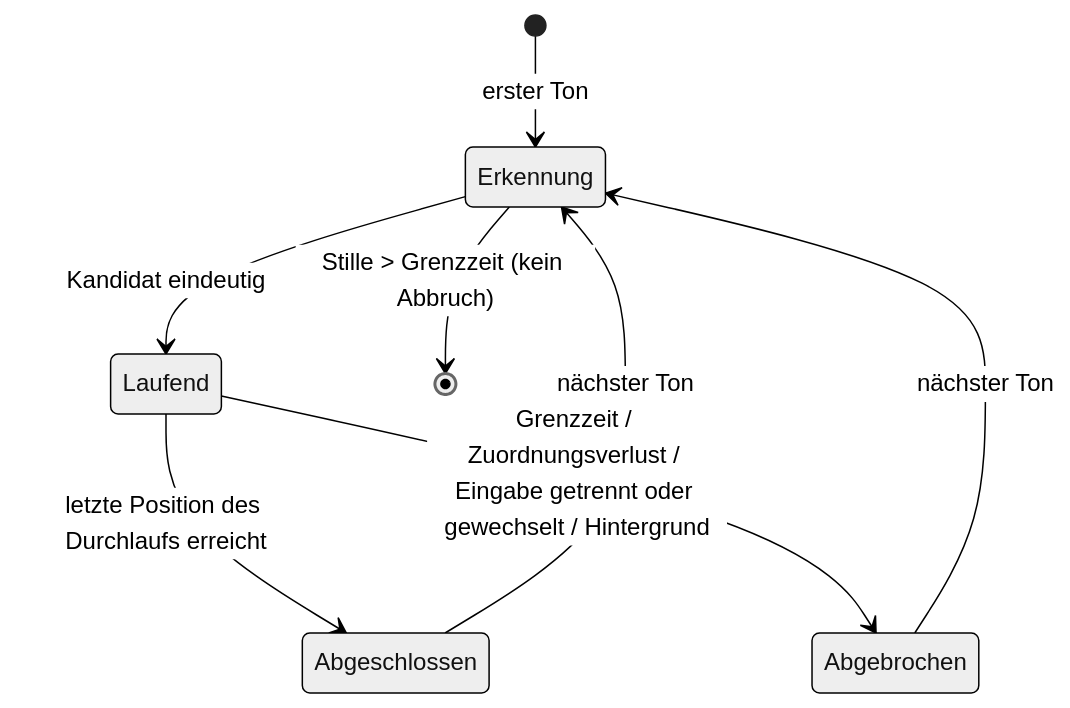
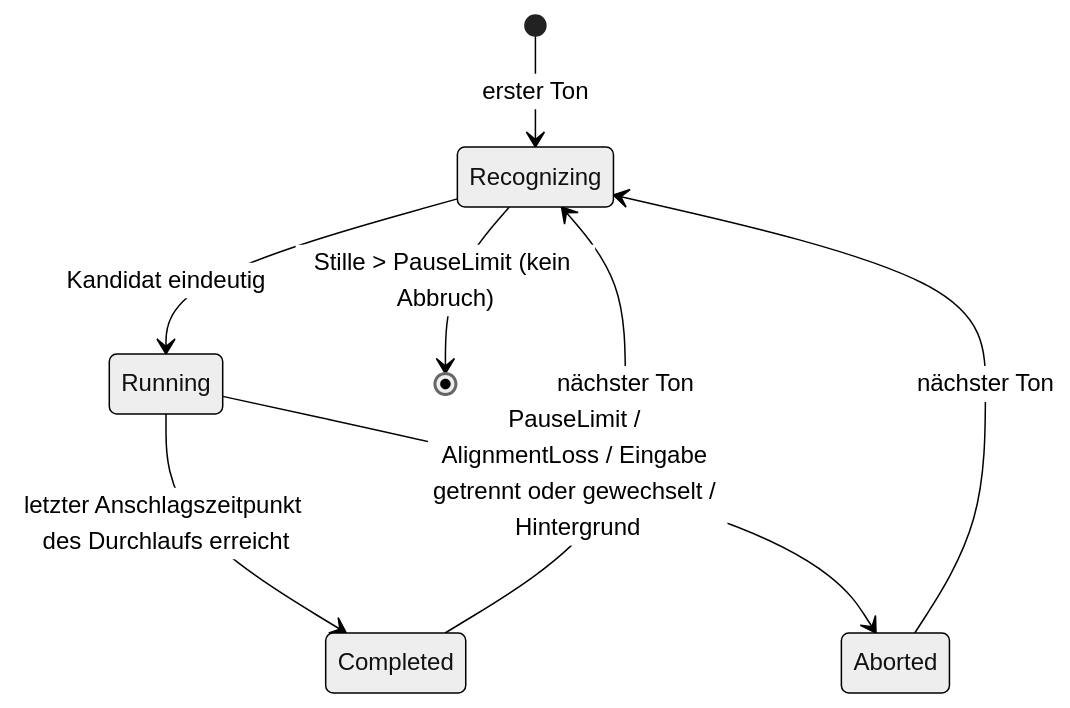
Before and after one commit to Meisterschueler/legato: the diagram in specs/001-legato-mvp/data-model.md, drawn with Mermaid (neutral theme). The commit also changed other lines of this file and 10 other files, not shown here.

````diff
--- a/specs/001-legato-mvp/data-model.md
+++ b/specs/001-legato-mvp/data-model.md
@@ -89,10 +89,10 @@
 ```mermaid
 stateDiagram-v2
-    [*] --> Erkennung: erster Ton
-    Erkennung --> Laufend: Kandidat eindeutig
-    Erkennung --> [*]: Stille > Grenzzeit (kein Abbruch)
-    Laufend --> Abgeschlossen: letzte Position des Durchlaufs erreicht
-    Laufend --> Abgebrochen: Grenzzeit / Zuordnungsverlust / Eingabe getrennt oder gewechselt / Hintergrund
-    Abgeschlossen --> Erkennung: nächster Ton
-    Abgebrochen --> Erkennung: nächster Ton
+    [*] --> Recognizing: erster Ton
+    Recognizing --> Running: Kandidat eindeutig
+    Recognizing --> [*]: Stille > PauseLimit (kein Abbruch)
+    Running --> Completed: letzter Anschlagszeitpunkt des Durchlaufs erreicht
+    Running --> Aborted: PauseLimit / AlignmentLoss / Eingabe getrennt oder gewechselt / Hintergrund
+    Completed --> Recognizing: nächster Ton
+    Aborted --> Recognizing: nächster Ton
 ```
````
